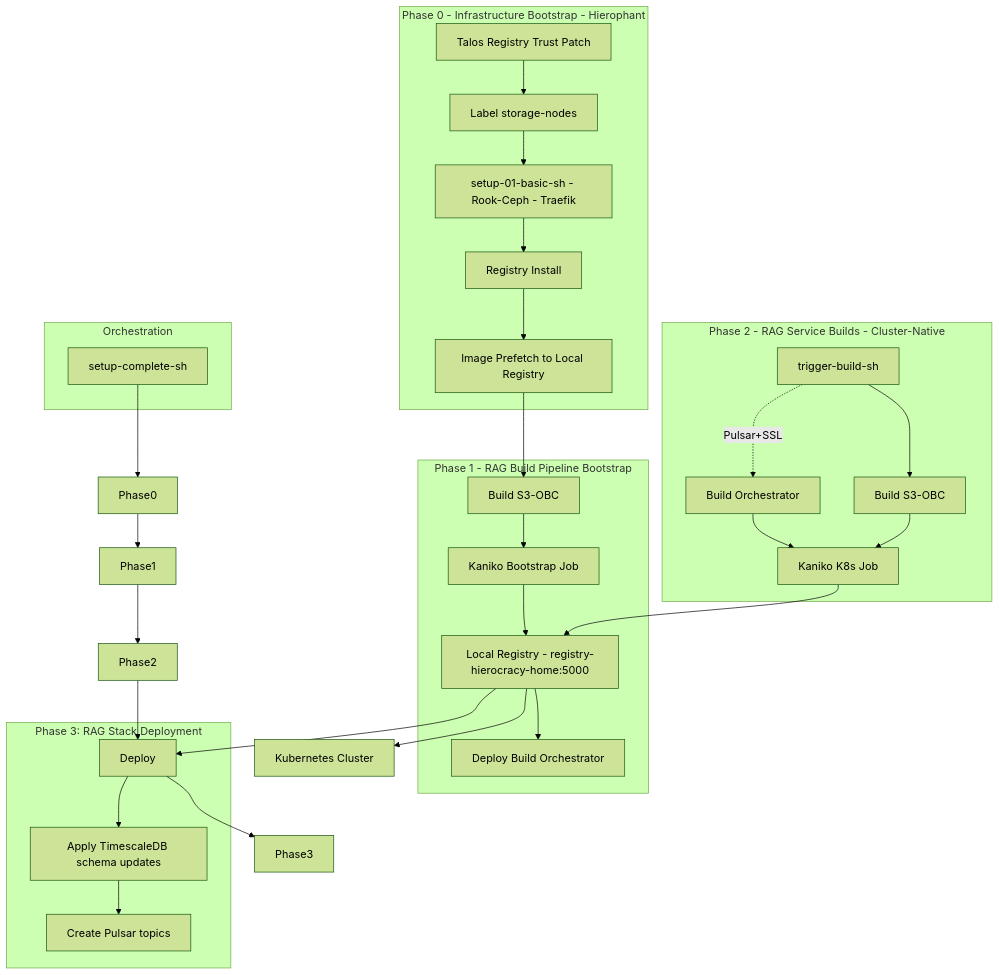
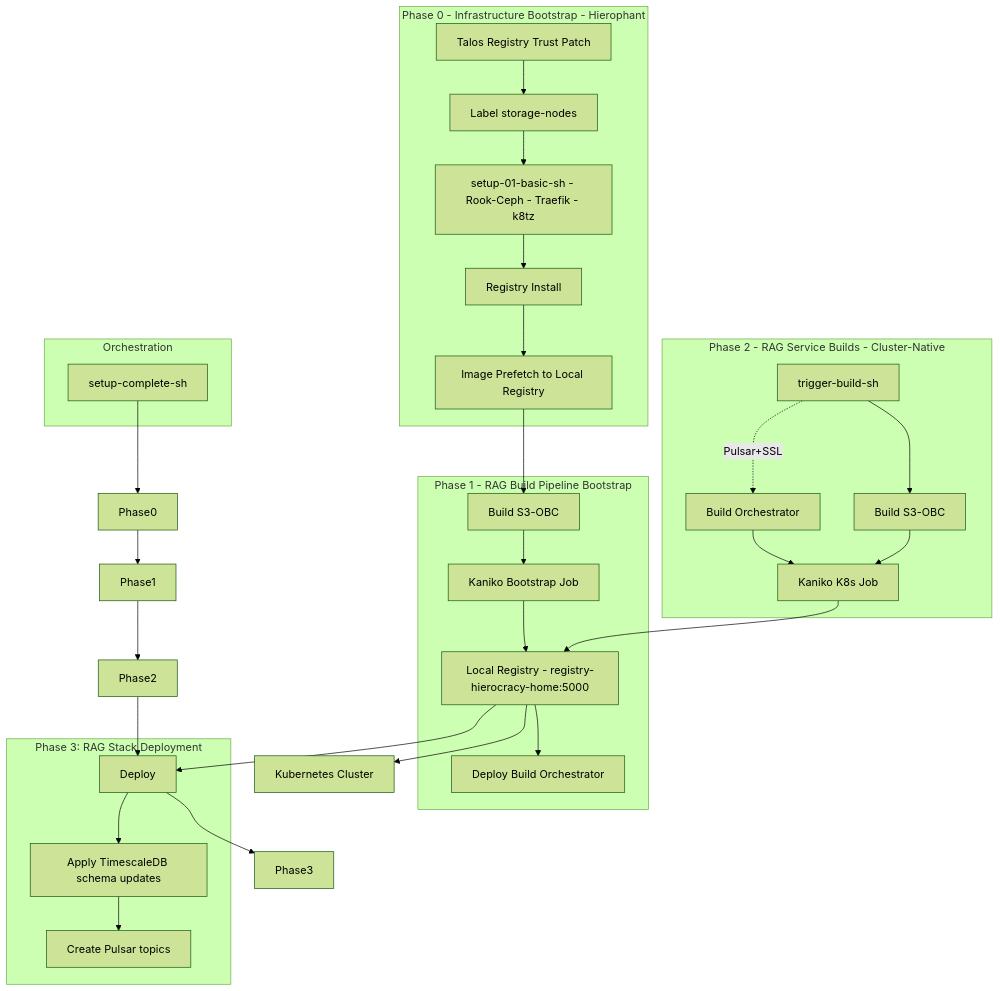
The diagram in RAG-Build-Flow.mmd (coppergate/RAG-CRD-BUILD), drawn with Mermaid (forest theme) before and after one commit. The commit also changed 12 other files, not shown here.

```diff
--- a/RAG-Build-Flow.mmd
+++ b/RAG-Build-Flow.mmd
@@ -1,40 +1,40 @@
 flowchart TD
     subgraph "Phase 0 - Infrastructure Bootstrap - Hierophant"
         Talos[Talos Registry Trust Patch] --> Labels[Label storage-nodes]
-        Labels --> Basic[setup-01-basic-sh - Rook-Ceph - Traefik]
+        Labels --> Basic[setup-01-basic-sh - Rook-Ceph - Traefik - k8tz]
         Basic --> Reg[Registry Install]
         Reg --> Prefetch[Image Prefetch to Local Registry]
     end
 
     subgraph "Phase 1 - RAG Build Pipeline Bootstrap"
         Prefetch --> S3_1[Build S3-OBC]
         S3_1 --> BootstrapJob[Kaniko Bootstrap Job]
         BootstrapJob --> RegistryNode[Local Registry - registry-hierocracy-home:5000]
         RegistryNode --> OrchDeploy[Deploy Build Orchestrator]
     end
 
     subgraph "Phase 2 - RAG Service Builds - Cluster-Native"
         Trigger[trigger-build-sh] --> S3_2[Build S3-OBC]
         Trigger -.->|Pulsar+SSL| Orch[Build Orchestrator]
         Orch --> Kaniko[Kaniko K8s Job]
         S3_2 --> Kaniko
         Kaniko --> RegistryNode
     end
 
     subgraph "Phase 3: RAG Stack Deployment"
     RegistryNode --> Deploy
         Deploy --> Migrate[Apply TimescaleDB schema updates]
         Migrate --> TopicInit[Create Pulsar topics]
     end
 
     RegistryNode --> K8s[Kubernetes Cluster]
 
     subgraph "Orchestration"
         Setup[setup-complete-sh]
     end
 
     Setup --> Phase0
     Phase0 --> Phase1
     Phase1 --> Phase2
     Phase2 --> Deploy
     Deploy --> Phase3
```
